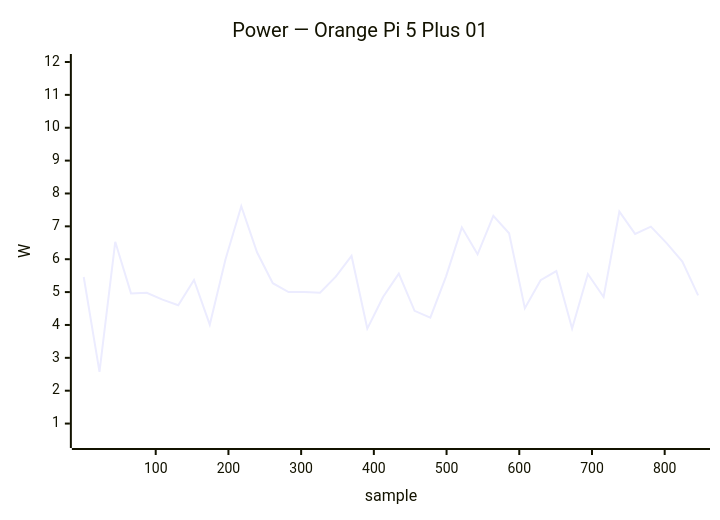
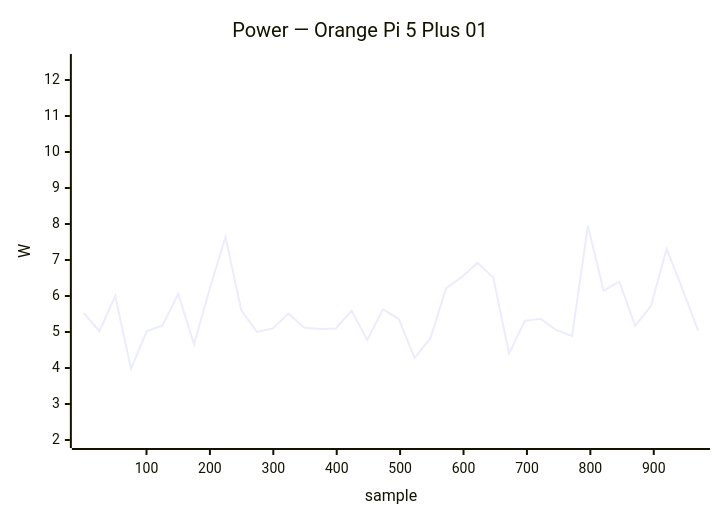
One commit to armbian/documentation changed the fifth of 34 diagrams in docs/status/board-tests.md. Above: the diagram before and after it, drawn with Mermaid. The commit also changed other lines of this file, not shown here.

````diff
--- a/docs/status/board-tests.md
+++ b/docs/status/board-tests.md
@@ -260,7 +245,7 @@
 ```mermaid
 xychart-beta
     title "Power — Orange Pi 5 Plus 01"
-    x-axis "sample" 1 --> 846
-    y-axis "W" 0.5 --> 12.0
-    line [5.46, 2.57, 6.53, 4.96, 4.98, 4.77, 4.60, 5.37, 4.01, 6.00, 7.61, 6.21, 5.27, 5.00, 5.00, 4.98, 5.47, 6.10, 3.89, 4.85, 5.56, 4.43, 4.22, 5.48, 6.97, 6.15, 7.32, 6.79, 4.51, 5.36, 5.64, 3.89, 5.55, 4.85, 7.45, 6.77, 6.99, 6.49, 5.93, 4.90]
+    x-axis "sample" 1 --> 970
+    y-axis "W" 2.0 --> 12.5
+    line [5.53, 5.02, 6.00, 3.98, 5.02, 5.18, 6.06, 4.66, 6.21, 7.64, 5.60, 5.00, 5.10, 5.51, 5.12, 5.08, 5.10, 5.59, 4.78, 5.63, 5.36, 4.28, 4.82, 6.21, 6.53, 6.92, 6.51, 4.40, 5.31, 5.37, 5.05, 4.89, 7.95, 6.15, 6.40, 5.17, 5.72, 7.30, 6.20, 5.04]
 ```
````
